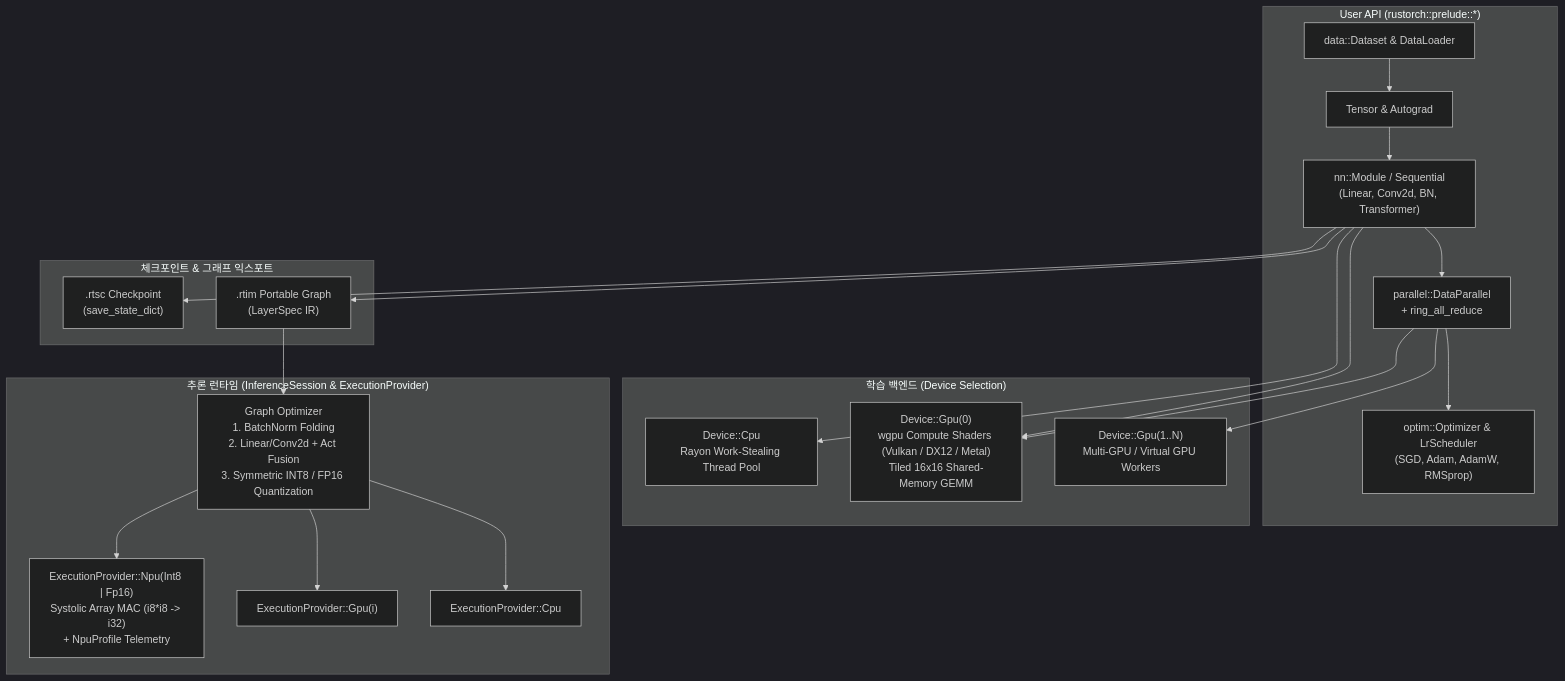
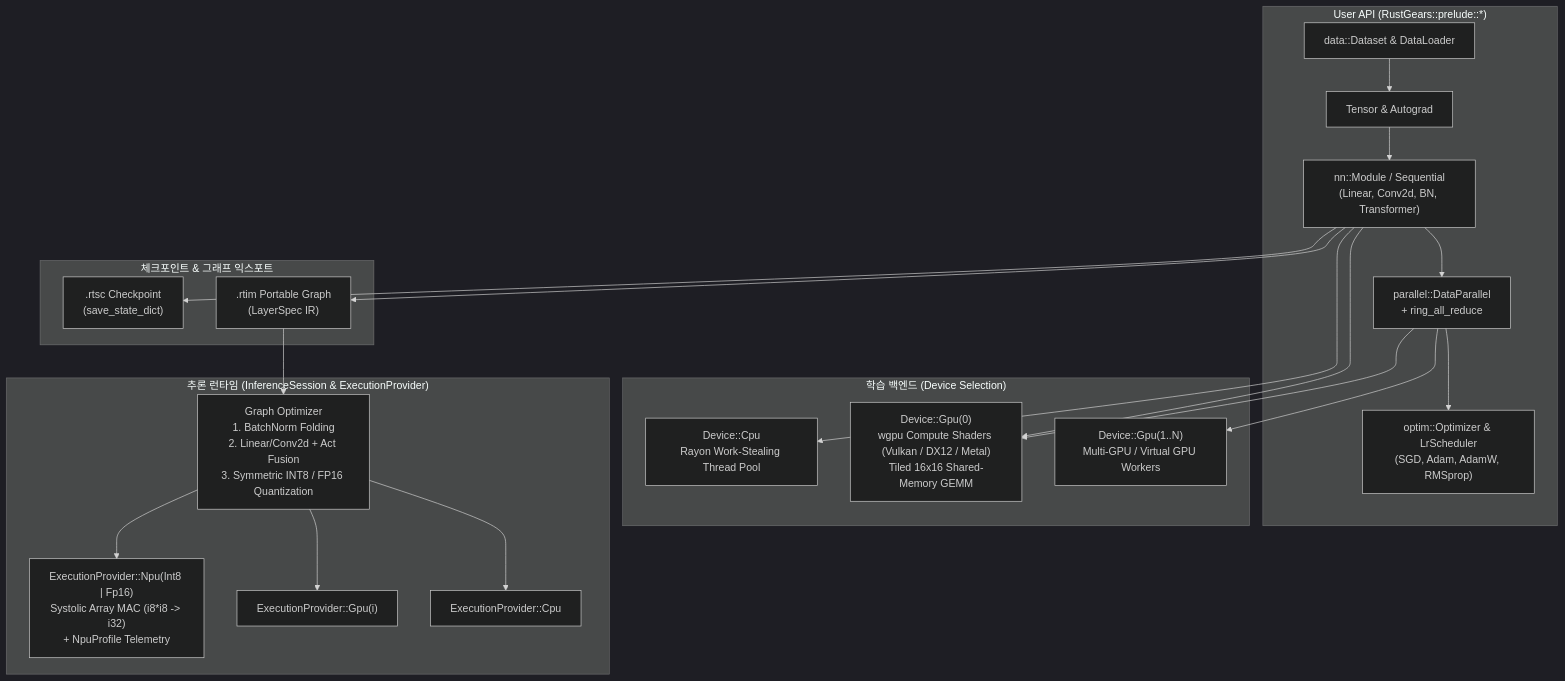
Before and after one commit to elandice/RustGears: the diagram in README.md, drawn with Mermaid (dark theme). The commit also changed other lines of this file and 19 other files, not shown here.

Commit message:
refactor: 프로젝트 및 크레이트 이름을 RustGears(rustgears)로 변경

````diff
--- a/README.md
+++ b/README.md
@@ -27,43 +27,43 @@
 ```mermaid
 flowchart TB
-    subgraph UserAPI["User API (rustorch::prelude::*)"]
+    subgraph UserAPI["User API (RustGears::prelude::*)"]
         T["Tensor & Autograd"]
         NN["nn::Module / Sequential\n(Linear, Conv2d, BN, Transformer)"]
         OPT["optim::Optimizer & LrScheduler\n(SGD, Adam, AdamW, RMSprop)"]
         DATA["data::Dataset & DataLoader"]
         DP["parallel::DataParallel\n+ ring_all_reduce"]
     end
 
     subgraph TrainingBackends["학습 백엔드 (Device Selection)"]
         CPU["Device::Cpu\nRayon Work-Stealing Thread Pool"]
         GPU0["Device::Gpu(0)\nwgpu Compute Shaders (Vulkan / DX12 / Metal)\nTiled 16x16 Shared-Memory GEMM"]
         GPUN["Device::Gpu(1..N)\nMulti-GPU / Virtual GPU Workers"]
     end
 
     subgraph Export["체크포인트 & 그래프 익스포트"]
         CKPT[".rtsc Checkpoint\n(save_state_dict)"]
         RTIM[".rtim Portable Graph\n(LayerSpec IR)"]
     end
 
     subgraph Inference["추론 런타임 (InferenceSession & ExecutionProvider)"]
         OPT_PASS["Graph Optimizer\n1. BatchNorm Folding\n2. Linear/Conv2d + Act Fusion\n3. Symmetric INT8 / FP16 Quantization"]
         EP_NPU["ExecutionProvider::Npu(Int8 | Fp16)\nSystolic Array MAC (i8*i8 -> i32)\n+ NpuProfile Telemetry"]
         EP_GPU["ExecutionProvider::Gpu(i)"]
         EP_CPU["ExecutionProvider::Cpu"]
     end
 
     DATA --> T
     T --> NN
     NN --> DP
     DP --> OPT
     NN --> CPU
     NN --> GPU0
     DP --> GPU0
     DP --> GPUN
     NN --> CKPT
     NN --> RTIM
     RTIM --> OPT_PASS
     OPT_PASS --> EP_NPU
     OPT_PASS --> EP_GPU
     OPT_PASS --> EP_CPU
 ```
````
